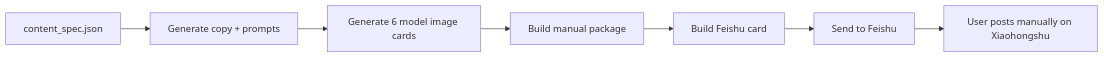
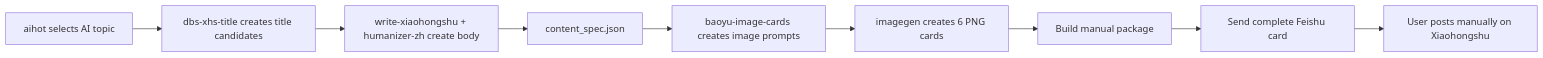
One commit to nulideurijah-creator/xhs-feishu-delivery changed the diagram in README.md. Above: the diagram before and after it, drawn with Mermaid. The commit also changed other lines of this file and 4 other files, not shown here.

````diff
--- a/README.md
+++ b/README.md
@@ -20,9 +20,11 @@
 ```mermaid
 flowchart LR
-  A["content_spec.json"] --> B["Generate copy + prompts"]
-  B --> C["Generate 6 model image cards"]
-  C --> D["Build manual package"]
-  D --> E["Build Feishu card"]
-  E --> F["Send to Feishu"]
-  F --> G["User posts manually on Xiaohongshu"]
+  A["aihot selects AI topic"] --> B["dbs-xhs-title creates title candidates"]
+  B --> C["write-xiaohongshu + humanizer-zh create body"]
+  C --> D["content_spec.json"]
+  D --> E["baoyu-image-cards creates image prompts"]
+  E --> F["imagegen creates 6 PNG cards"]
+  F --> G["Build manual package"]
+  G --> H["Send complete Feishu card"]
+  H --> I["User posts manually on Xiaohongshu"]
 ```
````
